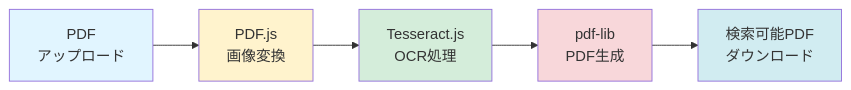
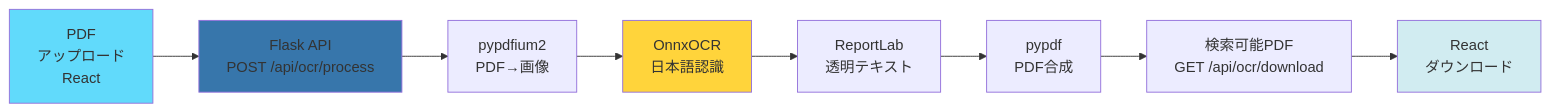
Before and after one commit to J1921604/OCR-PDF-Converter: the first of 8 diagrams in specs/001-OCR-PDF-Converter/plan.md, drawn with Mermaid. The commit also changed other lines of this file and 18 other files, not shown here.

````diff
--- a/specs/001-OCR-PDF-Converter/plan.md
+++ b/specs/001-OCR-PDF-Converter/plan.md
@@ -21,13 +22,15 @@
 ```mermaid
 flowchart LR
-    A[PDF<br/>アップロード] --> B[PDF.js<br/>画像変換]
-    B --> C[Tesseract.js<br/>OCR処理]
-    C --> D[pdf-lib<br/>PDF生成]
-    D --> E[検索可能PDF<br/>ダウンロード]
+    A[PDF<br/>アップロード<br/>React] --> B[Flask API<br/>POST /api/ocr/process]
+    B --> C[pypdfium2<br/>PDF→画像]
+    C --> D[OnnxOCR<br/>日本語認識]
+    D --> E[ReportLab<br/>透明テキスト]
+    E --> F[pypdf<br/>PDF合成]
+    F --> G[検索可能PDF<br/>GET /api/ocr/download]
+    G --> H[React<br/>ダウンロード]
     
-    style A fill:#e1f5ff
-    style B fill:#fff3cd
-    style C fill:#d4edda
-    style D fill:#f8d7da
-    style E fill:#d1ecf1
+    style A fill:#61dafb
+    style B fill:#3776ab
+    style D fill:#ffd43b
+    style H fill:#d1ecf1
 ```
````
